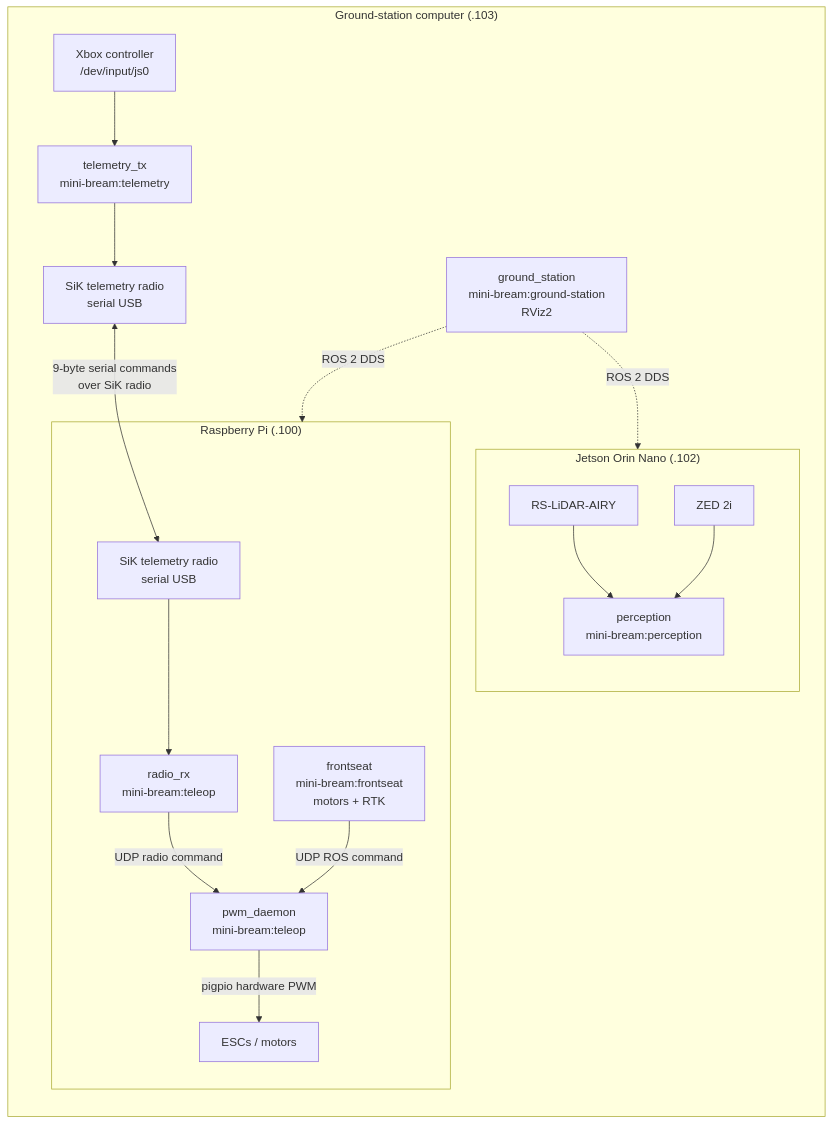
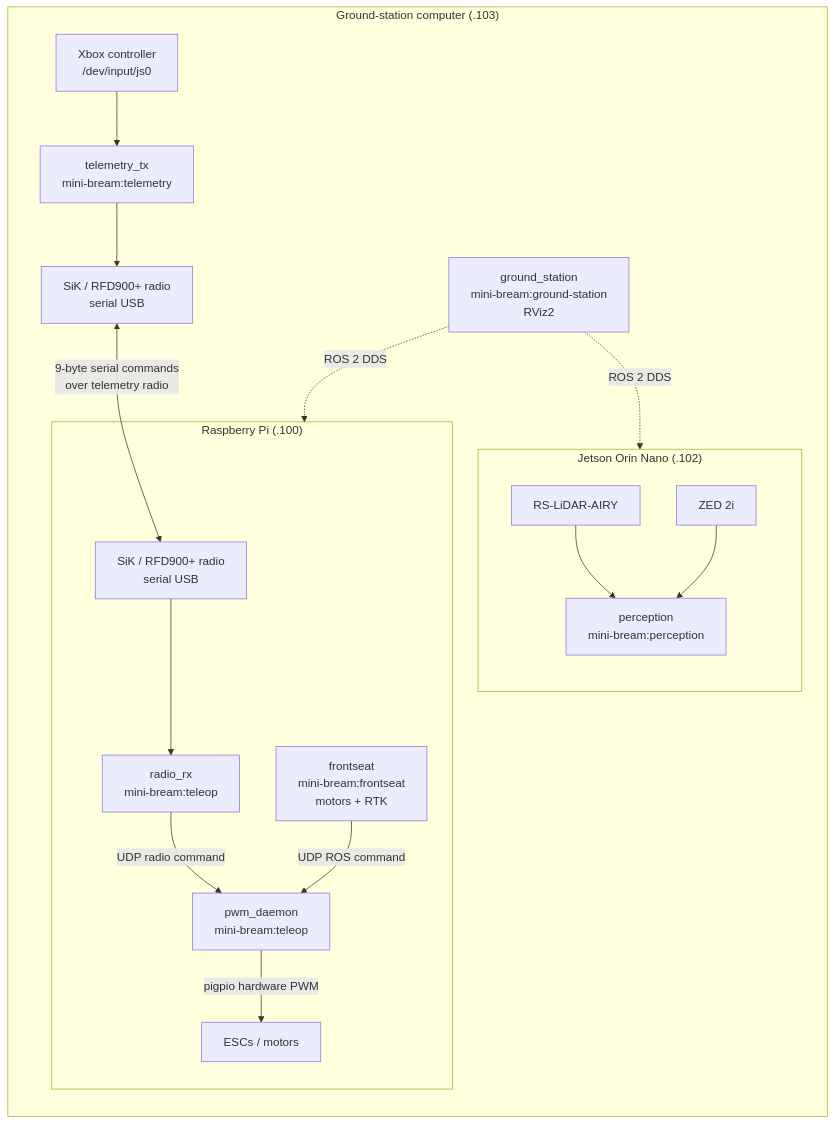
The diagram in src/docker/README.md (jhairssteven/mini-bream), drawn with Mermaid before and after one commit. The commit also changed other lines of this file and 10 other files, not shown here.

````diff
--- a/src/docker/README.md
+++ b/src/docker/README.md
@@ -5,38 +5,39 @@
 ```mermaid
 flowchart LR
     subgraph GS["Ground-station computer (.103)"]
         Xbox["Xbox controller<br/>/dev/input/js0"]
         Telemetry["telemetry_tx<br/>mini-bream:telemetry"]
-        GRadio["SiK telemetry radio<br/>serial USB"]
+        GRadio["SiK / RFD900+ radio<br/>serial USB"]
         Rviz["ground_station<br/>mini-bream:ground-station<br/>RViz2"]
 
         Xbox --> Telemetry
         Telemetry --> GRadio
         Rviz -.->|"ROS 2 DDS"| Pi
         Rviz -.->|"ROS 2 DDS"| Jetson
     end
 
-    GRadio <-->|"9-byte serial commands<br/>over SiK radio"| RRadio
+    GRadio <-->|"9-byte serial commands<br/>over telemetry radio"| RRadio
 
     subgraph Pi["Raspberry Pi (.100)"]
-        RRadio["SiK telemetry radio<br/>serial USB"]
+        RRadio["SiK / RFD900+ radio<br/>serial USB"]
         RadioRx["radio_rx<br/>mini-bream:teleop"]
         Pwm["pwm_daemon<br/>mini-bream:teleop"]
         Frontseat["frontseat<br/>mini-bream:frontseat<br/>motors + RTK"]
         Motors["ESCs / motors"]
 
         RRadio --> RadioRx
         RadioRx -->|"UDP radio command"| Pwm
         Frontseat -->|"UDP ROS command"| Pwm
         Pwm -->|"pigpio hardware PWM"| Motors
     end
 
+
     subgraph Jetson["Jetson Orin Nano (.102)"]
         Perception["perception<br/>mini-bream:perception"]
         Airy["RS-LiDAR-AIRY"]
         Zed["ZED 2i"]
 
         Airy --> Perception
         Zed --> Perception
     end
 ```
````
